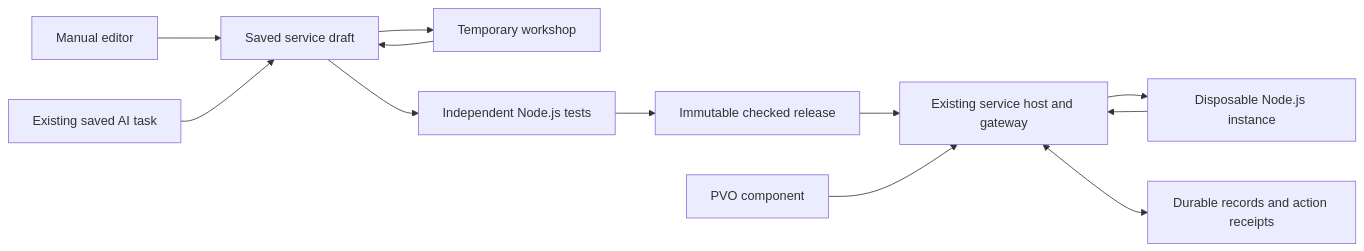
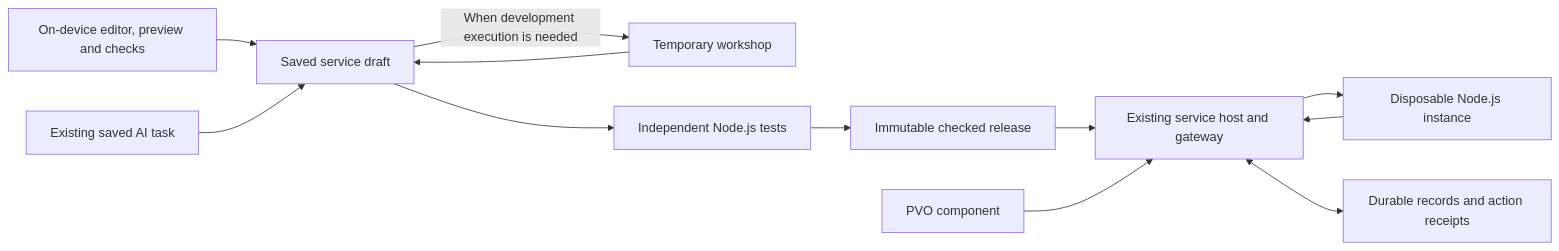
One commit to jaffakakes/pvo-prototype changed the diagram in docs/engineering/restyle-cloud-agent-roadmaps/1g-containers.md. Above: the diagram before and after it, drawn with Mermaid. The commit also changed other lines of this file and 5 other files, not shown here.

````diff
--- a/docs/engineering/restyle-cloud-agent-roadmaps/1g-containers.md
+++ b/docs/engineering/restyle-cloud-agent-roadmaps/1g-containers.md
@@ -47,14 +71,14 @@
 ```mermaid
 flowchart LR
-  Human[Manual editor] --> Draft[Saved service draft]
+  Human[On-device editor, preview and checks] --> Draft[Saved service draft]
   AI[Existing saved AI task] --> Draft
-  Draft --> Workshop[Temporary workshop]
+  Draft -->|When development execution is needed| Workshop[Temporary workshop]
   Workshop --> Draft
   Draft --> Check[Independent Node.js tests]
   Check --> Release[Immutable checked release]
   Release --> Host[Existing service host and gateway]
   Viewer[PVO component] --> Host
   Host --> Node[Disposable Node.js instance]
   Node --> Host
   Host <--> Data[Durable records and action receipts]
 ```
````
